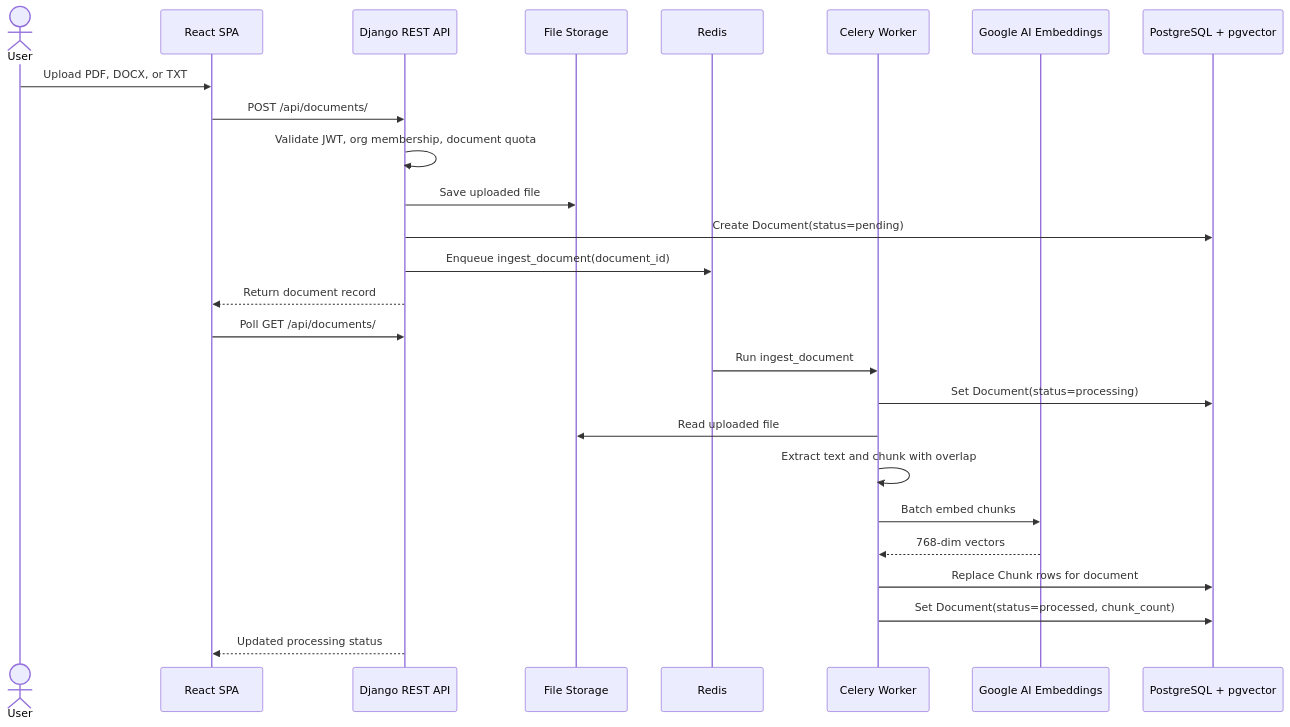
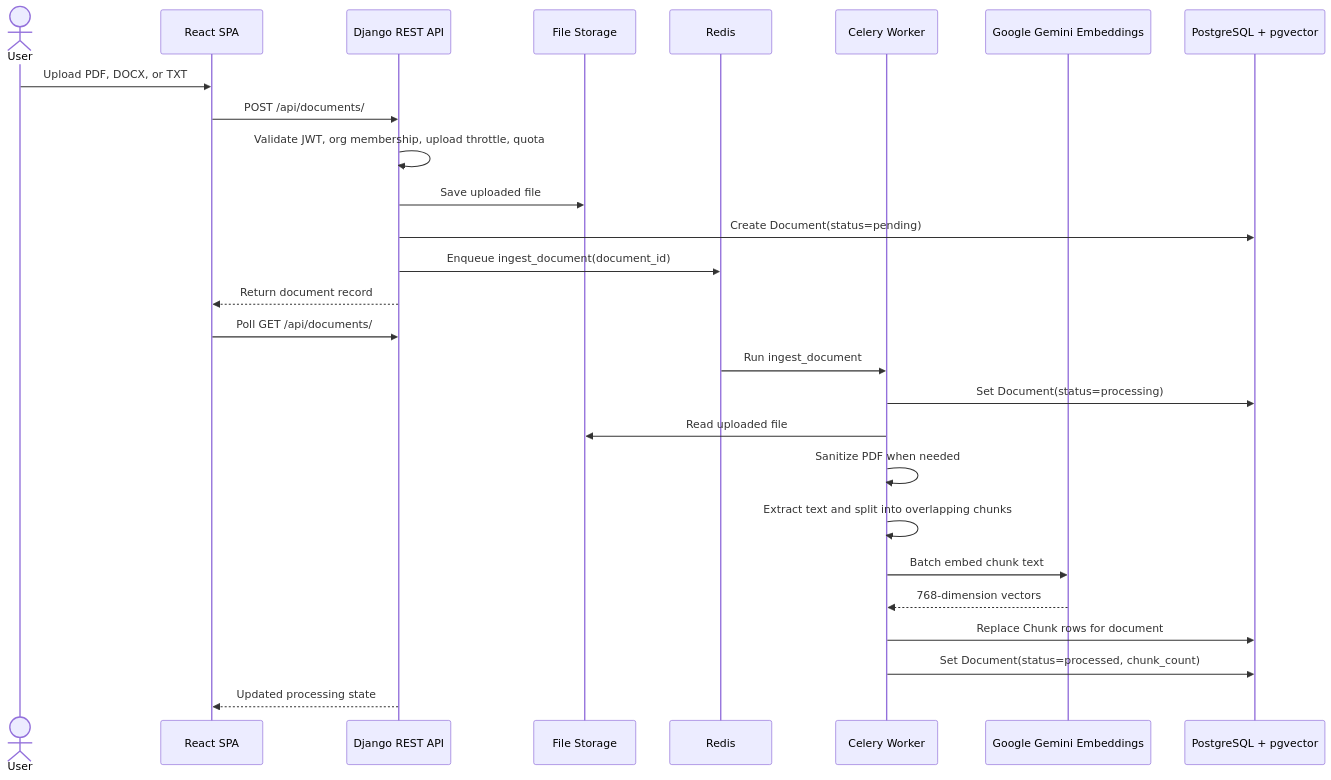
Before and after one commit to hassanzafarr/draftly: the third of 6 diagrams in docs/architecture-diagram.md, drawn with Mermaid. The commit also changed other lines of this file and 10 other files, not shown here.

````diff
--- a/docs/architecture-diagram.md
+++ b/docs/architecture-diagram.md
@@ -43,30 +82,31 @@
 ```mermaid
 sequenceDiagram
     actor User
-    participant Frontend as React SPA
+    participant SPA as React SPA
     participant API as Django REST API
-    participant Storage as File Storage
+    participant Store as File Storage
     participant Redis
     participant Worker as Celery Worker
-    participant Google as Google AI Embeddings
+    participant Gemini as Google Gemini Embeddings
     participant DB as PostgreSQL + pgvector
 
-    User->>Frontend: Upload PDF, DOCX, or TXT
-    Frontend->>API: POST /api/documents/
-    API->>API: Validate JWT, org membership, document quota
-    API->>Storage: Save uploaded file
+    User->>SPA: Upload PDF, DOCX, or TXT
+    SPA->>API: POST /api/documents/
+    API->>API: Validate JWT, org membership, upload throttle, quota
+    API->>Store: Save uploaded file
     API->>DB: Create Document(status=pending)
     API->>Redis: Enqueue ingest_document(document_id)
-    API-->>Frontend: Return document record
+    API-->>SPA: Return document record
 
-    Frontend->>API: Poll GET /api/documents/
+    SPA->>API: Poll GET /api/documents/
     Redis->>Worker: Run ingest_document
     Worker->>DB: Set Document(status=processing)
-    Worker->>Storage: Read uploaded file
-    Worker->>Worker: Extract text and chunk with overlap
-    Worker->>Google: Batch embed chunks
-    Google-->>Worker: 768-dim vectors
+    Worker->>Store: Read uploaded file
+    Worker->>Worker: Sanitize PDF when needed
+    Worker->>Worker: Extract text and split into overlapping chunks
+    Worker->>Gemini: Batch embed chunk text
+    Gemini-->>Worker: 768-dimension vectors
     Worker->>DB: Replace Chunk rows for document
     Worker->>DB: Set Document(status=processed, chunk_count)
-    API-->>Frontend: Updated processing status
+    API-->>SPA: Updated processing state
 ```
````
